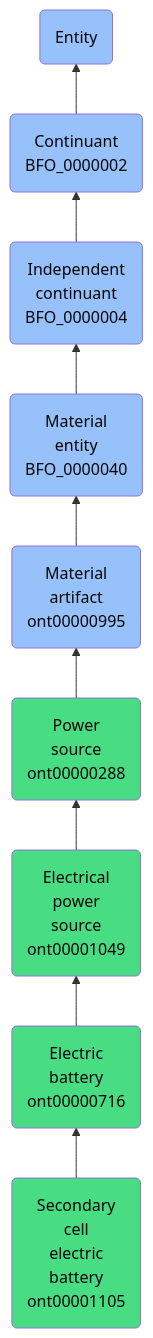
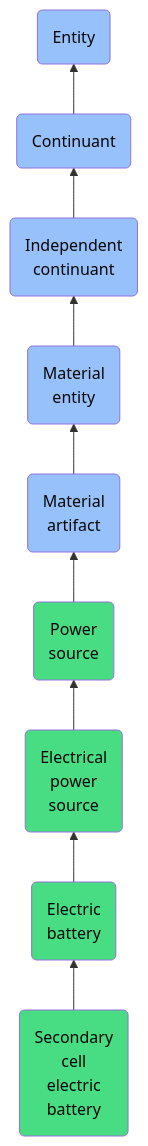
One commit to jupyter-naas/abi changed the diagram in docs/ontology/reference/model/Entity/Continuant/Independent continuant/Material entity/Material artifact/Power source/Electrical power source/Electric battery/Secondary cell electric battery/Secondary cell electric battery.md. Above: the diagram before and after it, drawn with Mermaid. The commit also changed other lines of this file and 1430 other files, not shown here.

````diff
--- a/docs/ontology/reference/model/Entity/Continuant/Independent continuant/Material entity/Material artifact/Power source/Electrical power source/Electric battery/Secondary cell electric battery/Secondary cell electric battery.md
+++ b/docs/ontology/reference/model/Entity/Continuant/Independent continuant/Material entity/Material artifact/Power source/Electrical power source/Electric battery/Secondary cell electric battery/Secondary cell electric battery.md
@@ -25,16 +25,16 @@
 ```mermaid
 graph BT
-    ont00001105(Secondary<br>cell<br>electric<br>battery<br>ont00001105):::ABI-->ont00000716
-    ont00000716(Electric<br>battery<br>ont00000716):::ABI-->ont00001049
-    ont00001049(Electrical<br>power<br>source<br>ont00001049):::ABI-->ont00000288
-    ont00000288(Power<br>source<br>ont00000288):::ABI-->ont00000995
-    ont00000995(Material<br>artifact<br>ont00000995):::BFO-->BFO_0000040
-    BFO_0000040(Material<br>entity<br>BFO_0000040):::BFO-->BFO_0000004
-    BFO_0000004(Independent<br>continuant<br>BFO_0000004):::BFO-->BFO_0000002
-    BFO_0000002(Continuant<br>BFO_0000002):::BFO-->BFO_0000001
+    ont00001105(Secondary<br>cell<br>electric<br>battery):::ABI-->ont00000716
+    ont00000716(Electric<br>battery):::ABI-->ont00001049
+    ont00001049(Electrical<br>power<br>source):::ABI-->ont00000288
+    ont00000288(Power<br>source):::ABI-->ont00000995
+    ont00000995(Material<br>artifact):::BFO-->BFO_0000040
+    BFO_0000040(Material<br>entity):::BFO-->BFO_0000004
+    BFO_0000004(Independent<br>continuant):::BFO-->BFO_0000002
+    BFO_0000002(Continuant):::BFO-->BFO_0000001
     BFO_0000001(Entity):::BFO
     
     classDef BFO fill:#97c1fb,color:#060606
     classDef CCO fill:#e4c51e,color:#060606
     classDef ABI fill:#48DD82,color:#060606
 ```
````
